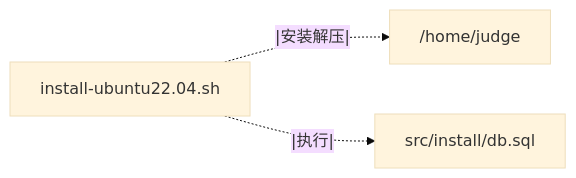
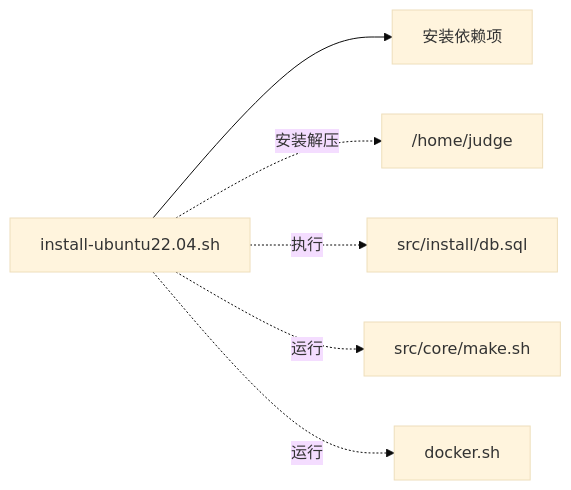
One commit to CUG-OJ/- changed the first of 7 diagrams in WayToRun.md. Above: the diagram before and after it, drawn with Mermaid (base theme). The commit also changed other lines of this file and 1 other file, not shown here.

````diff
--- a/WayToRun.md
+++ b/WayToRun.md
@@ -1,5 +4,8 @@
 ```mermaid
 graph LR
-	install-ubuntu22.04.sh-.|安装解压|.->/home/judge;
-	install-ubuntu22.04.sh-.|执行|.->src/install/db.sql;
+	install-ubuntu22.04.sh-->安装依赖项
+	install-ubuntu22.04.sh-.安装解压.->/home/judge
+	install-ubuntu22.04.sh-.执行.->src/install/db.sql
+	install-ubuntu22.04.sh-.运行.->src/core/make.sh
+	install-ubuntu22.04.sh-.运行.->docker.sh
 ```
````
